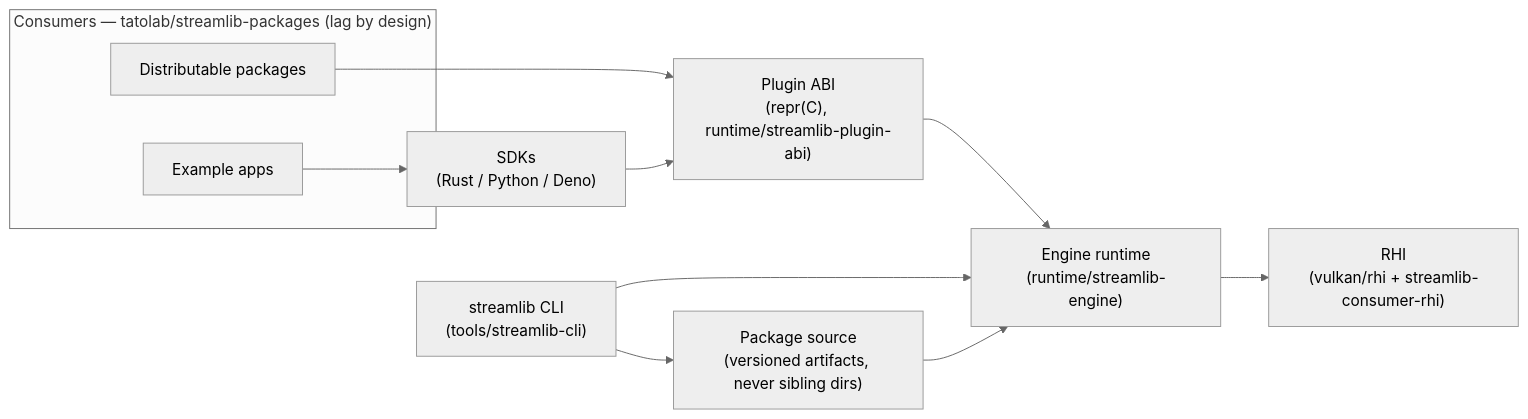
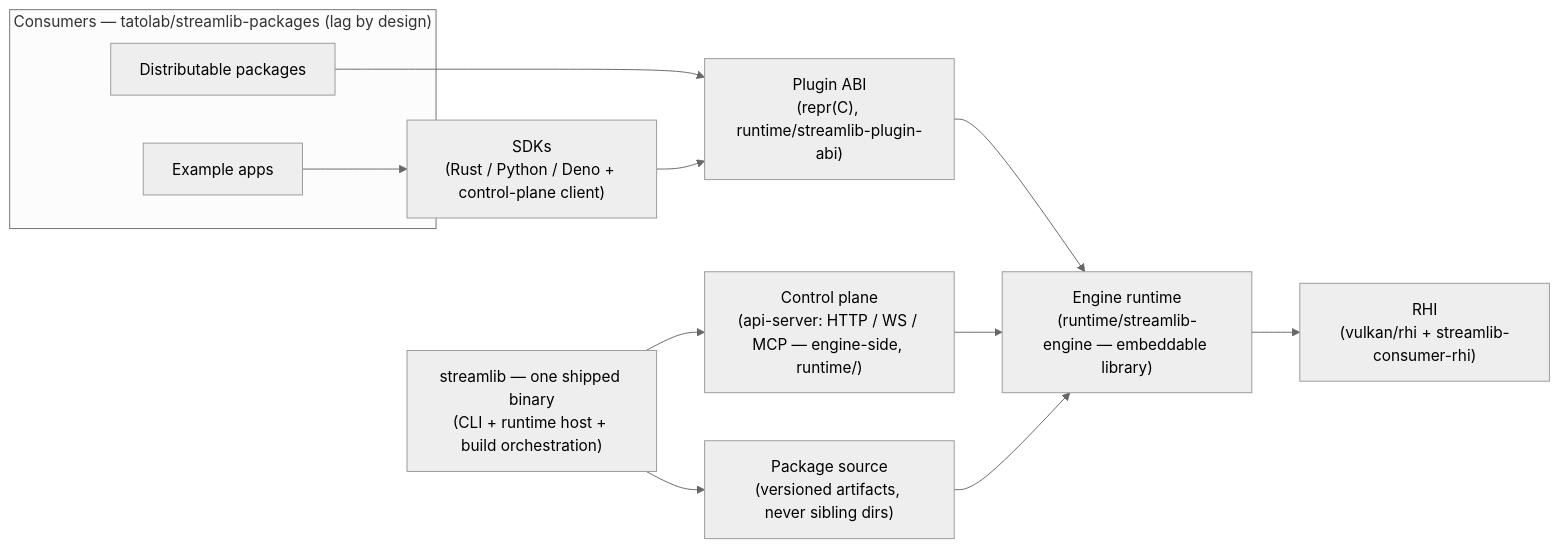
One commit to tatolab/streamlib changed the diagram in docs/plan/diagrams/system.mmd. Above: the diagram before and after it, drawn with Mermaid (neutral theme). The commit also changed 4 other files, not shown here.

First line of the commit message:
plan: decide §Control plane & observability — one surface, one binary

```diff
--- a/docs/plan/diagrams/system.mmd
+++ b/docs/plan/diagrams/system.mmd
@@ -1,21 +1,23 @@
 flowchart LR
   subgraph consumers["Consumers — tatolab/streamlib-packages (lag by design)"]
     pkgs["Distributable packages"]
     apps["Example apps"]
   end
 
-  cli["streamlib CLI\n(tools/streamlib-cli)"]
-  engine["Engine runtime\n(runtime/streamlib-engine)"]
+  cli["streamlib — one shipped binary\n(CLI + runtime host + build orchestration)"]
+  ctl["Control plane\n(api-server: HTTP / WS / MCP — engine-side, runtime/)"]
+  engine["Engine runtime\n(runtime/streamlib-engine — embeddable library)"]
   rhi["RHI\n(vulkan/rhi + streamlib-consumer-rhi)"]
   abi["Plugin ABI\n(repr(C), runtime/streamlib-plugin-abi)"]
-  sdk["SDKs\n(Rust / Python / Deno)"]
+  sdk["SDKs\n(Rust / Python / Deno + control-plane client)"]
   pkgsrc["Package source\n(versioned artifacts, never sibling dirs)"]
 
   apps --> sdk
   pkgs --> abi
   sdk --> abi
   abi --> engine
   engine --> rhi
-  cli --> engine
+  cli --> ctl
+  ctl --> engine
   cli --> pkgsrc
   pkgsrc --> engine
```
